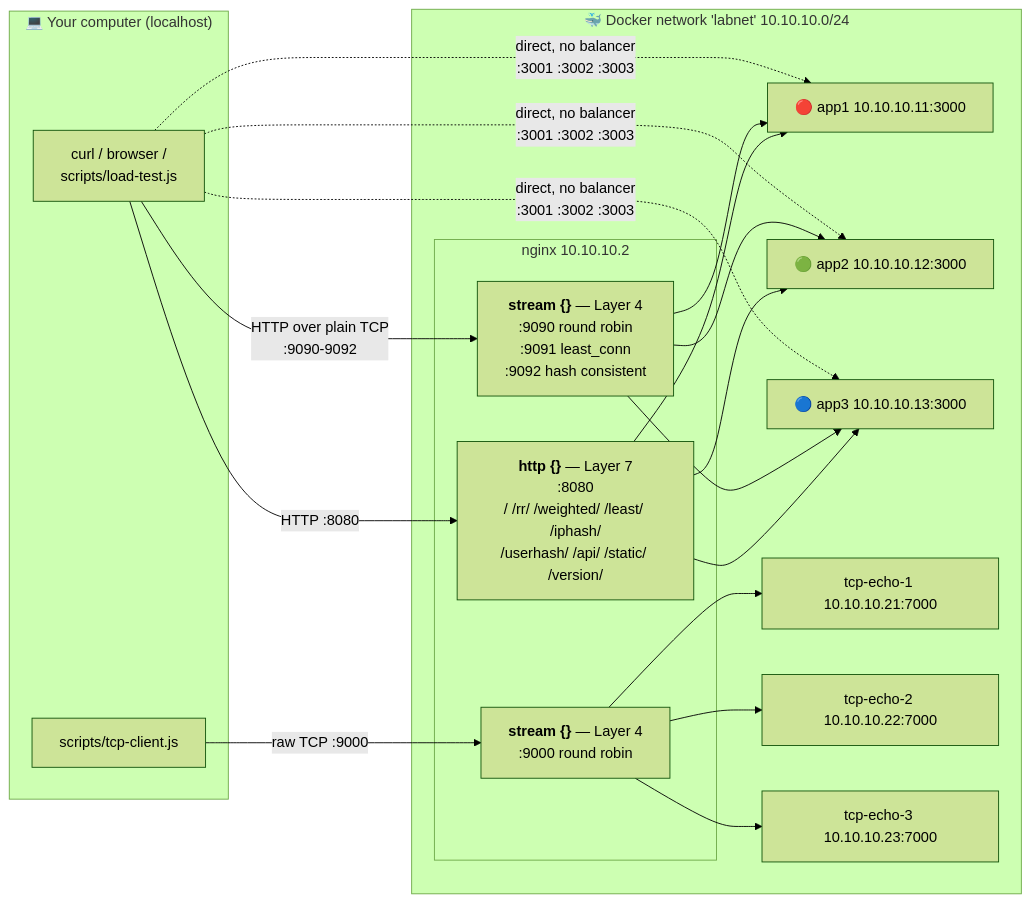
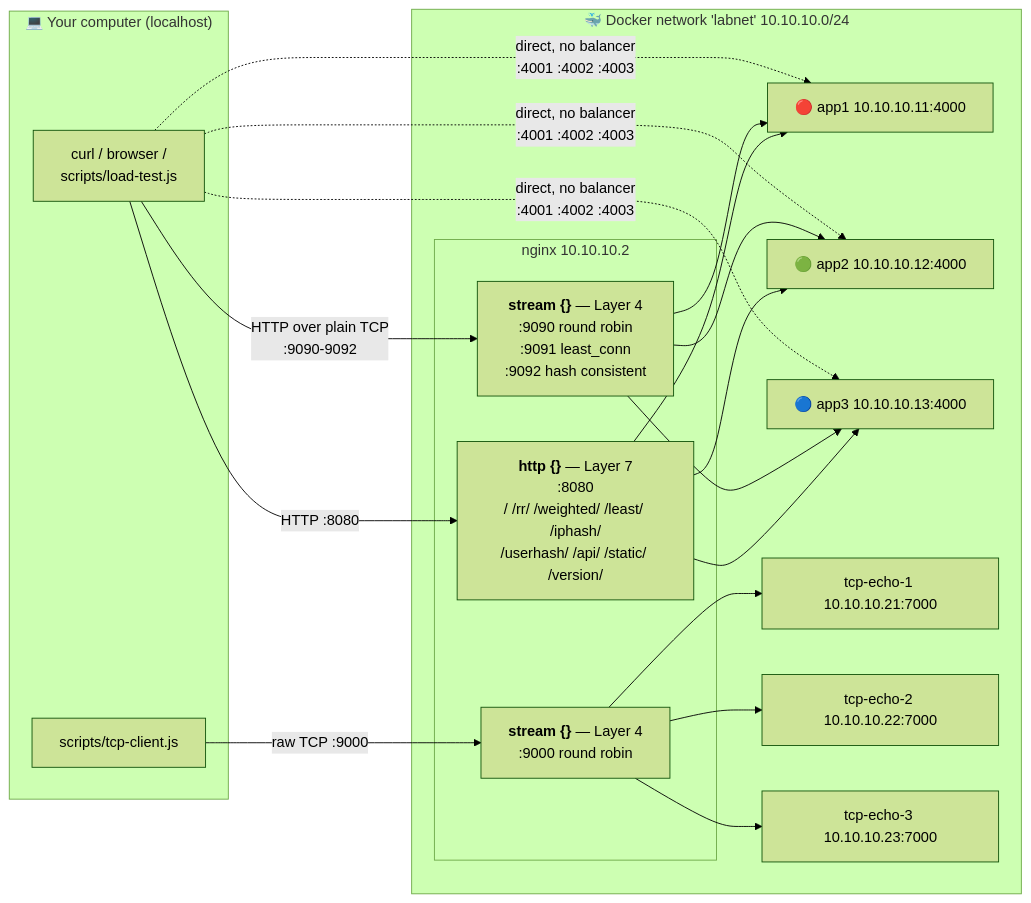
The eighth of 8 diagrams in README.md (mritunjayupadhyay/loadbalancer-l4-l7), drawn with Mermaid (forest theme) before and after one commit. The commit also changed other lines of this file and 9 other files, not shown here.

````diff
--- a/README.md
+++ b/README.md
@@ -350,29 +352,29 @@
 ```mermaid
 flowchart LR
     subgraph host["💻 Your computer (localhost)"]
         Browser["curl / browser /<br/>scripts/load-test.js"]
         TCPC["scripts/tcp-client.js"]
     end
 
     subgraph docker["🐳 Docker network 'labnet' 10.10.10.0/24"]
         subgraph nginx["nginx 10.10.10.2"]
             L7["<b>http {}</b> — Layer 7<br/>:8080<br/>/ /rr/ /weighted/ /least/ /iphash/<br/>/userhash/ /api/ /static/ /version/"]
             L4H["<b>stream {}</b> — Layer 4<br/>:9090 round robin<br/>:9091 least_conn<br/>:9092 hash consistent"]
             L4E["<b>stream {}</b> — Layer 4<br/>:9000 round robin"]
         end
-        A1["🔴 app1 10.10.10.11:3000"]
-        A2["🟢 app2 10.10.10.12:3000"]
-        A3["🔵 app3 10.10.10.13:3000"]
+        A1["🔴 app1 10.10.10.11:4000"]
+        A2["🟢 app2 10.10.10.12:4000"]
+        A3["🔵 app3 10.10.10.13:4000"]
         E1["tcp-echo-1 10.10.10.21:7000"]
         E2["tcp-echo-2 10.10.10.22:7000"]
         E3["tcp-echo-3 10.10.10.23:7000"]
     end
 
     Browser -- "HTTP :8080" --> L7
     Browser -- "HTTP over plain TCP<br/>:9090-9092" --> L4H
     TCPC -- "raw TCP :9000" --> L4E
     L7 --> A1 & A2 & A3
     L4H --> A1 & A2 & A3
     L4E --> E1 & E2 & E3
-    Browser -. "direct, no balancer<br/>:3001 :3002 :3003" .-> A1 & A2 & A3
+    Browser -. "direct, no balancer<br/>:4001 :4002 :4003" .-> A1 & A2 & A3
 ```
````
